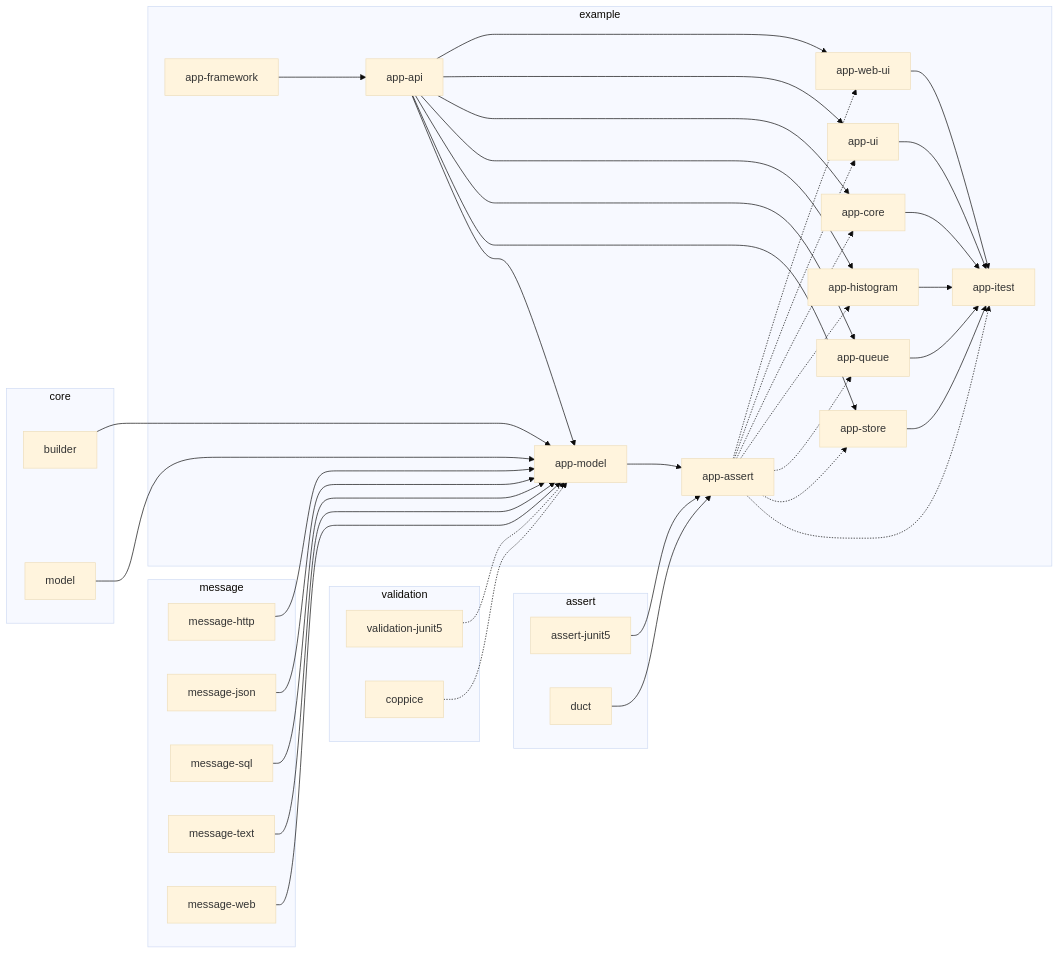
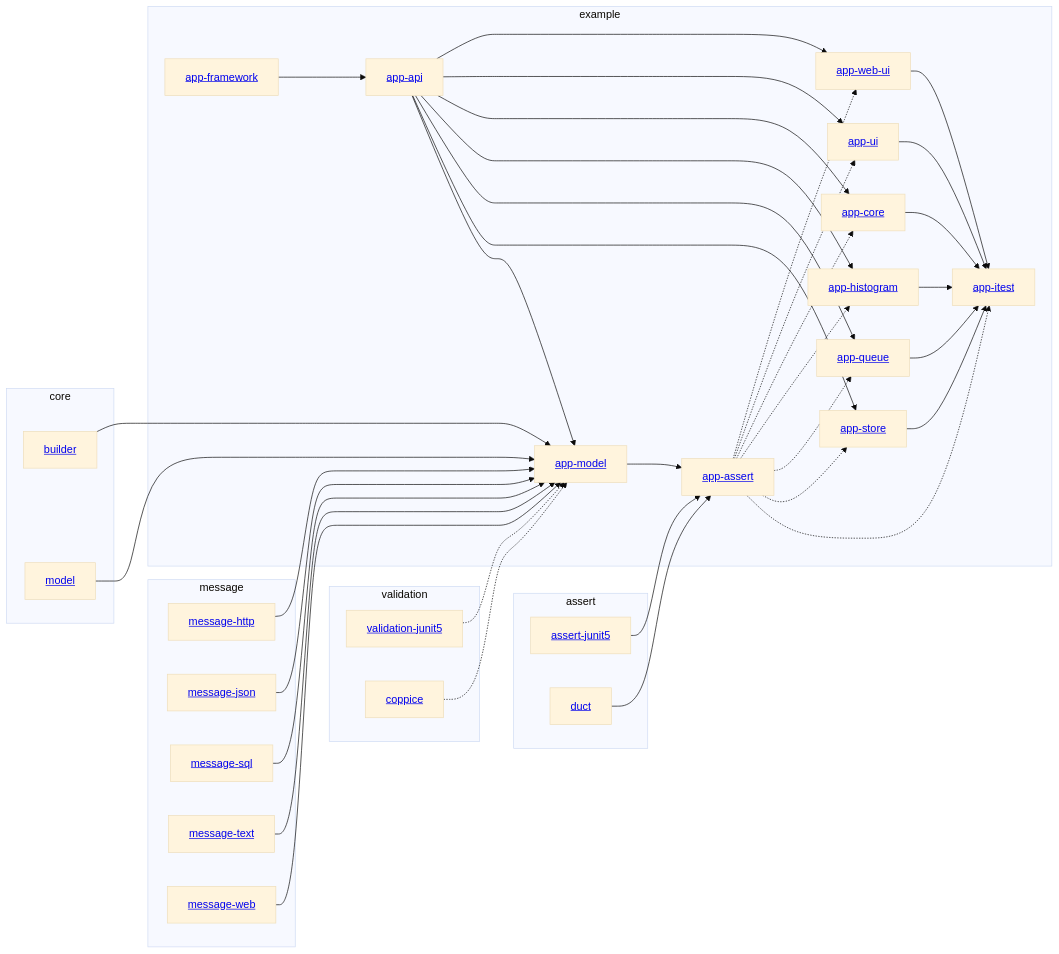
One commit to Mastercard/flow changed the second of 2 diagrams in example/README.md. Above: the diagram before and after it, drawn with Mermaid (base theme). The commit also changed 2 other files, not shown here.

Commit message:
Added links to modules from mermaid

````diff
--- a/example/README.md
+++ b/example/README.md
@@ -69,74 +69,73 @@
 ```mermaid
-
 graph LR
   subgraph core
-    builder
-    model
+    builder[<a href='../builder'>builder</a>]
+    model[<a href='../model'>model</a>]
   end
   subgraph message
-    message-http
-    message-json
-    message-sql
-    message-text
-    message-web
+    message-http[<a href='../message/message-http'>message-http</a>]
+    message-json[<a href='../message/message-json'>message-json</a>]
+    message-sql[<a href='../message/message-sql'>message-sql</a>]
+    message-text[<a href='../message/message-text'>message-text</a>]
+    message-web[<a href='../message/message-web'>message-web</a>]
   end
   subgraph validation
-    validation-junit5
-    coppice
+    validation-junit5[<a href='../validation/validation-junit5'>validation-junit5</a>]
+    coppice[<a href='../validation/coppice'>coppice</a>]
   end
   subgraph assert
-    assert-junit5
-    duct
+    assert-junit5[<a href='../assert/assert-junit5'>assert-junit5</a>]
+    duct[<a href='../report/duct'>duct</a>]
   end
   subgraph example
-    app-api
-    app-assert
-    app-core
-    app-framework
-    app-histogram
-    app-itest
-    app-model
-    app-queue
-    app-store
-    app-ui
-    app-web-ui
+    app-api[<a href='app-api'>app-api</a>]
+    app-assert[<a href='app-assert'>app-assert</a>]
+    app-core[<a href='app-core'>app-core</a>]
+    app-framework[<a href='app-framework'>app-framework</a>]
+    app-histogram[<a href='app-histogram'>app-histogram</a>]
+    app-itest[<a href='app-itest'>app-itest</a>]
+    app-model[<a href='app-model'>app-model</a>]
+    app-queue[<a href='app-queue'>app-queue</a>]
+    app-store[<a href='app-store'>app-store</a>]
+    app-ui[<a href='app-ui'>app-ui</a>]
+    app-web-ui[<a href='app-web-ui'>app-web-ui</a>]
   end
   app-api --> app-web-ui
   app-api --> app-ui
   app-api --> app-core
   app-api --> app-histogram
   app-api --> app-queue
   app-api --> app-store
   app-api --> app-model
   app-assert -.-> app-web-ui
   app-assert -.-> app-ui
   app-assert -.-> app-core
   app-assert -.-> app-histogram
   app-assert -.-> app-queue
   app-assert -.-> app-store
   app-assert -.-> app-itest
   app-core --> app-itest
   app-framework --> app-api
   app-histogram --> app-itest
   app-model --> app-assert
   app-queue --> app-itest
   app-store --> app-itest
   app-ui --> app-itest
   app-web-ui --> app-itest
   assert-junit5 --> app-assert
   builder --> app-model
   coppice -.-> app-model
   duct --> app-assert
   message-http --> app-model
   message-json --> app-model
   message-sql --> app-model
   message-text --> app-model
   message-web --> app-model
   model --> app-model
   validation-junit5 -.-> app-model
 
   %% keeps subgraphs positioned correctly
   core ~~~ message
   message ~~~ validation
   validation ~~~ assert
 ```
````
